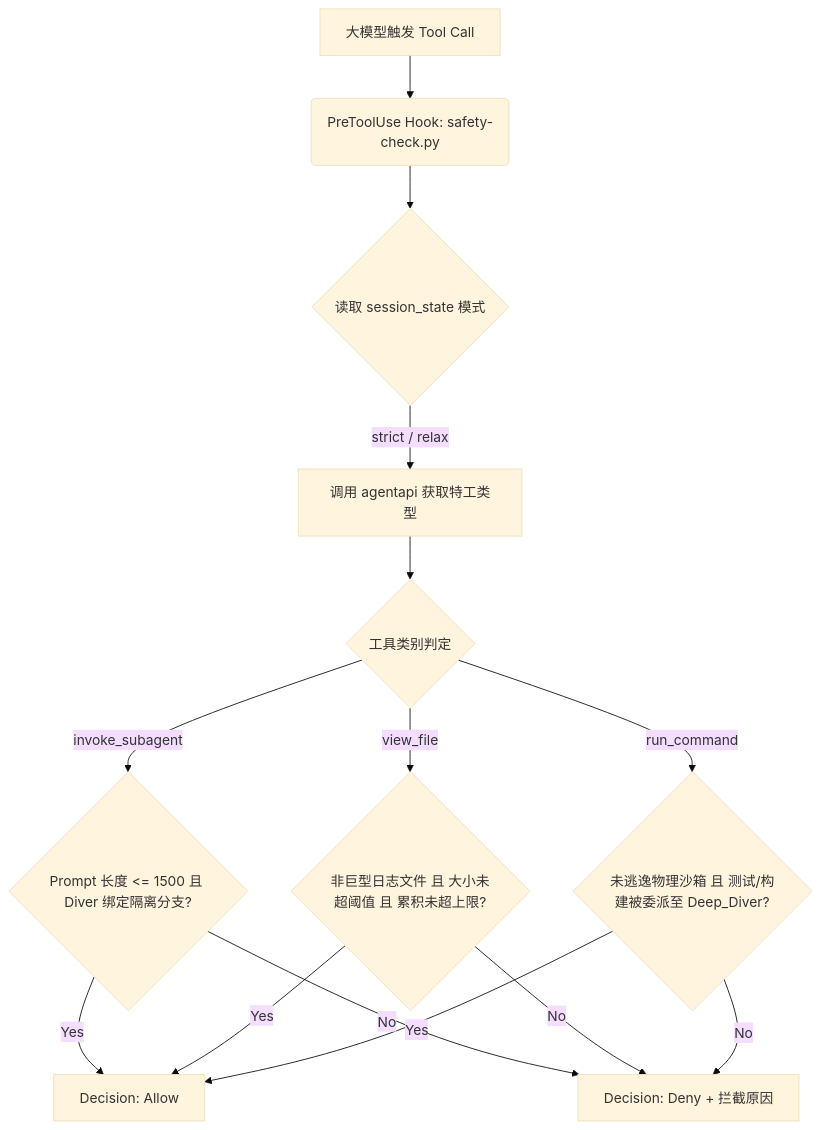
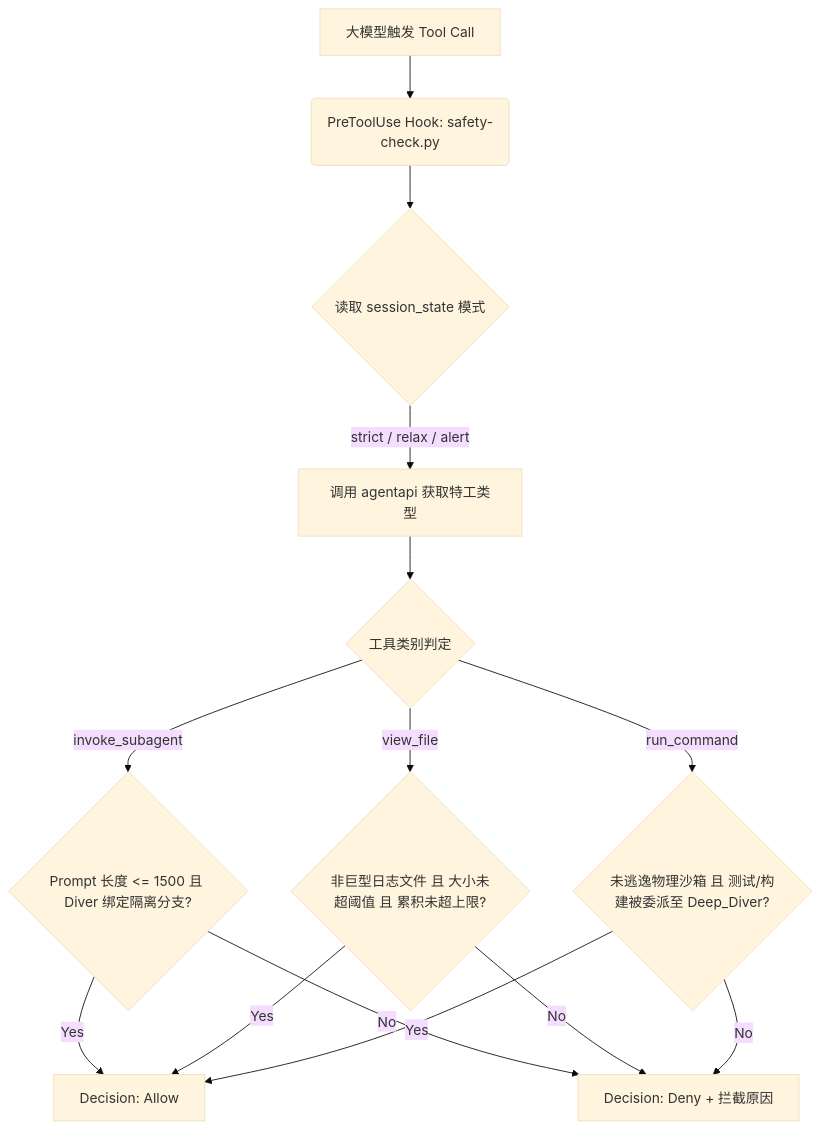
The second of 11 diagrams in docs/business_flows.zh.md (pseudoming/remora-plugin), drawn with Mermaid (base theme) before and after one commit. The commit also changed other lines of this file and 13 other files, not shown here.

````diff
--- a/docs/business_flows.zh.md
+++ b/docs/business_flows.zh.md
@@ -76,19 +79,19 @@
 ```mermaid
 flowchart TD
     A[大模型触发 Tool Call] --> B(PreToolUse Hook: safety-check.py)
     B --> C{读取 session_state 模式}
-    C -->|strict / relax| D[调用 agentapi 获取特工类型]
+     C -->|strict / relax / alert| D[调用 agentapi 获取特工类型]
     D --> E{工具类别判定}
     
     E -->|invoke_subagent| F{Prompt 长度 <= 1500 且 Diver 绑定隔离分支?}
     F -->|Yes| Allow[Decision: Allow]
     F -->|No| Deny[Decision: Deny + 拦截原因]
     
     E -->|view_file| G{非巨型日志文件 且 大小未超阈值 且 累积未超上限?}
     G -->|Yes| Allow
     G -->|No| Deny
     
     E -->|run_command| H{未逃逸物理沙箱 且 测试/构建被委派至 Deep_Diver?}
     H -->|Yes| Allow
-    H -->|No| Deny
+     H -->|No| Deny
 ```
````
